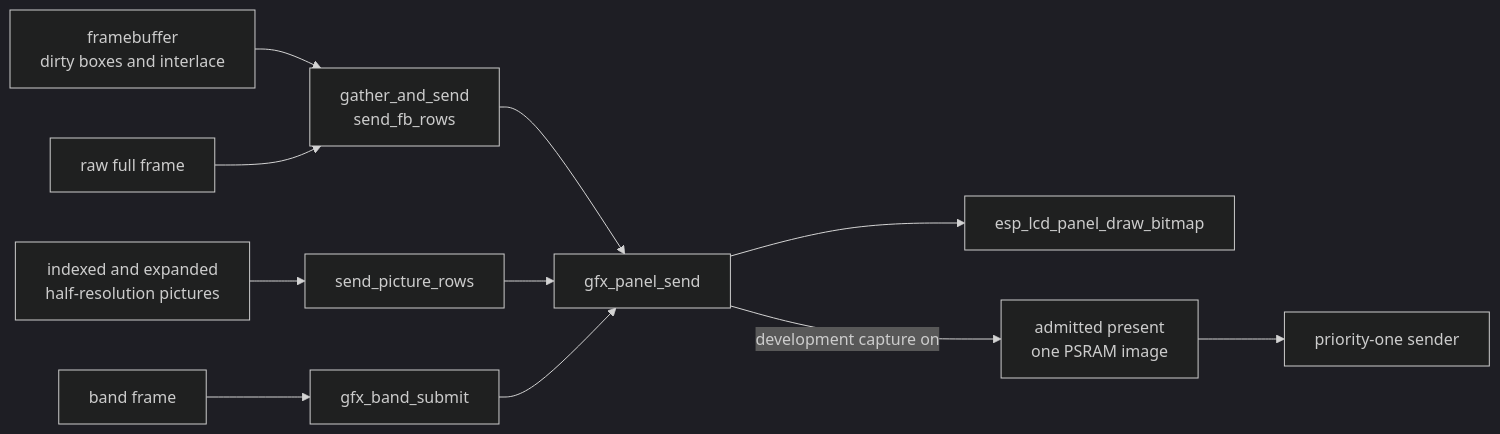
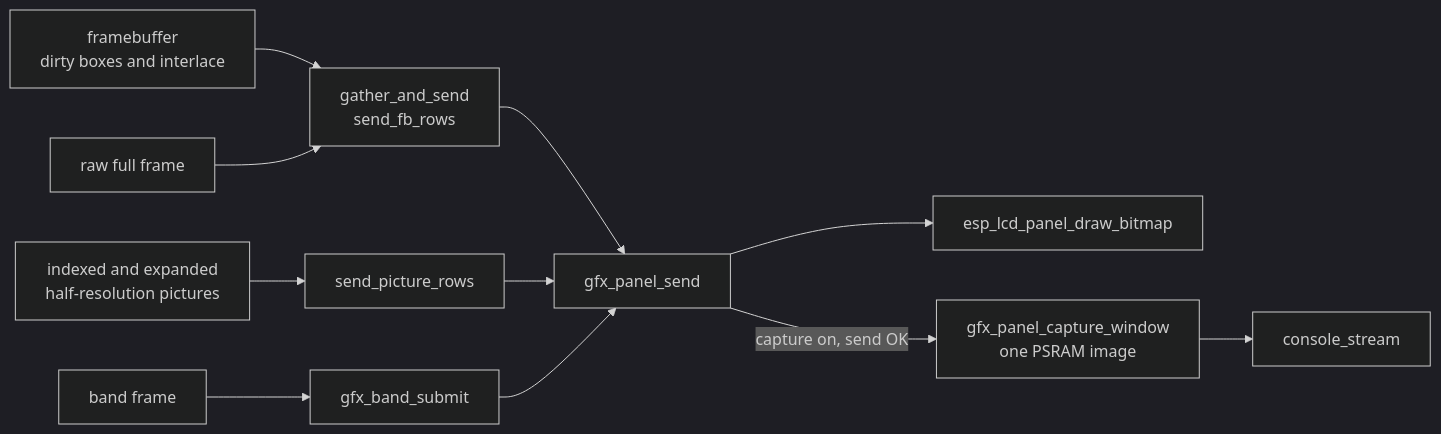
Before and after one commit to jose-villegas/autana: the first of 5 diagrams in docs/gfx/Present.md, drawn with Mermaid (dark theme). The commit also changed other lines of this file and 39 other files, not shown here.

Commit message:
gfx: preserve panel updates across video presents

````diff
--- a/docs/gfx/Present.md
+++ b/docs/gfx/Present.md
@@ -5,13 +5,13 @@
 ```mermaid
 flowchart LR
     FB["framebuffer<br/>dirty boxes and interlace"] --> ROW["gather_and_send<br/>send_fb_rows"]
     RAW["raw full frame"] --> ROW
     PIC["indexed and expanded<br/>half-resolution pictures"] --> EXP["send_picture_rows"]
     BAND["band frame"] --> SUB["gfx_band_submit"]
     ROW --> SEND["gfx_panel_send"]
     EXP --> SEND
     SUB --> SEND
     SEND --> LCD["esp_lcd_panel_draw_bitmap"]
-    SEND -->|"development capture on"| CAP["admitted present<br/>one PSRAM image"]
-    CAP --> TX["priority-one sender"]
+    SEND -->|"capture on, send OK"| CAP["gfx_panel_capture_window<br/>one PSRAM image"]
+    CAP --> TX["console_stream"]
 ```
````
